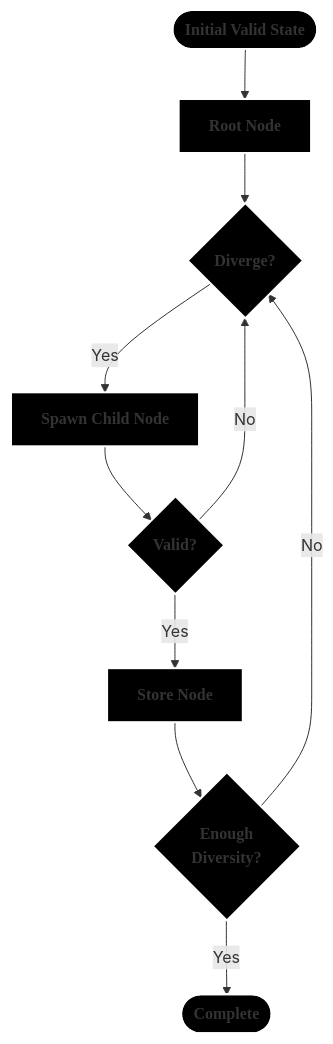
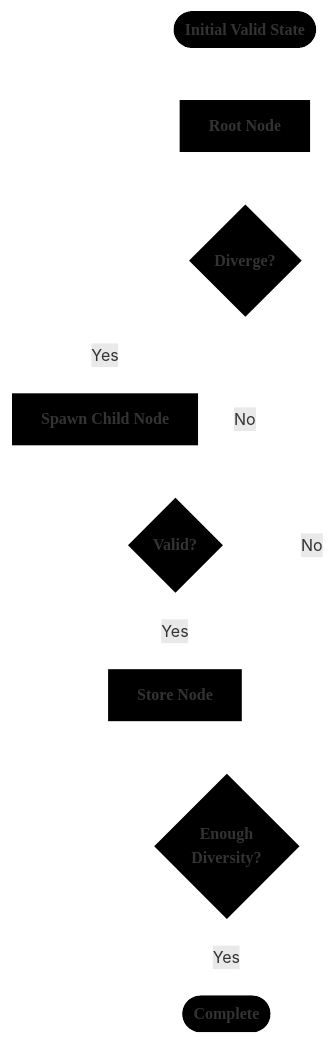
Before and after one commit to EveryOneIsGross/scratchTHOUGHTS: the first of 17 diagrams in README.md, drawn with Mermaid.

````diff
--- a/README.md
+++ b/README.md
@@ -25,30 +25,30 @@
 ```mermaid
 flowchart TB
     Start([Initial Valid State]) --> Root[Root Node]
     
     
         Root --> Diverge{Diverge?}
         
         Diverge -->|Yes| Spawn[Spawn Child Node]
         Spawn --> Valid{Valid?}
         
         Valid -->|Yes| Store[Store Node]
         Store --> Diverse{Enough<br>Diversity?}
         
         Diverse -->|No| Diverge
         Valid -->|No| Diverge
         
         Diverse -->|Yes| Complete([Complete])
     
     
     %% Styling
     classDef state fill:#000,stroke:#fff,stroke-width:2px,font-family:Comic Sans MS,font-weight:bold
     classDef decision fill:#000,stroke:#fff,stroke-width:2px,font-family:Comic Sans MS,font-weight:bold
     classDef process fill:#000,stroke:#fff,stroke-width:2px,font-family:Comic Sans MS,font-weight:bold
-    
 
+    linkStyle default stroke-width:4px,fill:none,stroke:#fff
 
     class Start,Complete state
     class Diverge,Valid,Diverse decision
     class Root,Spawn,Store process
 ```
````
